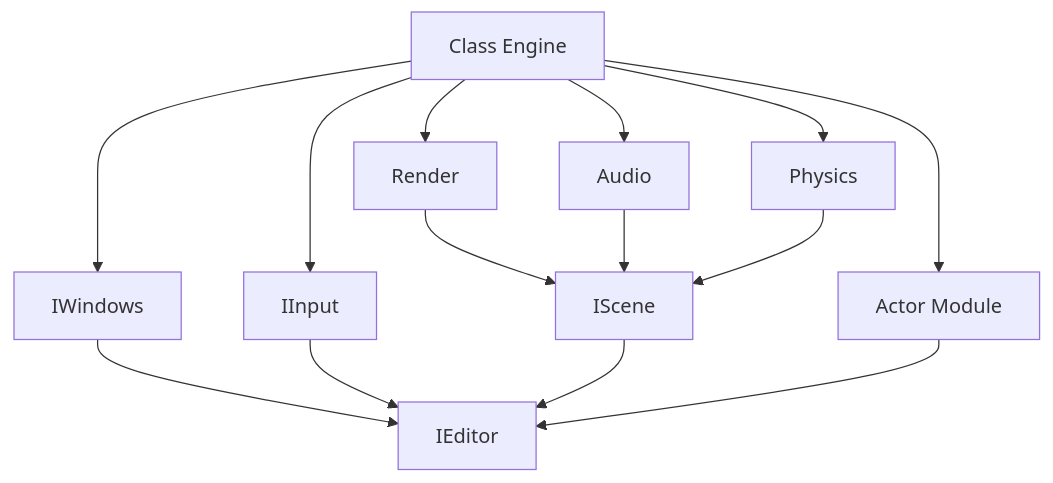
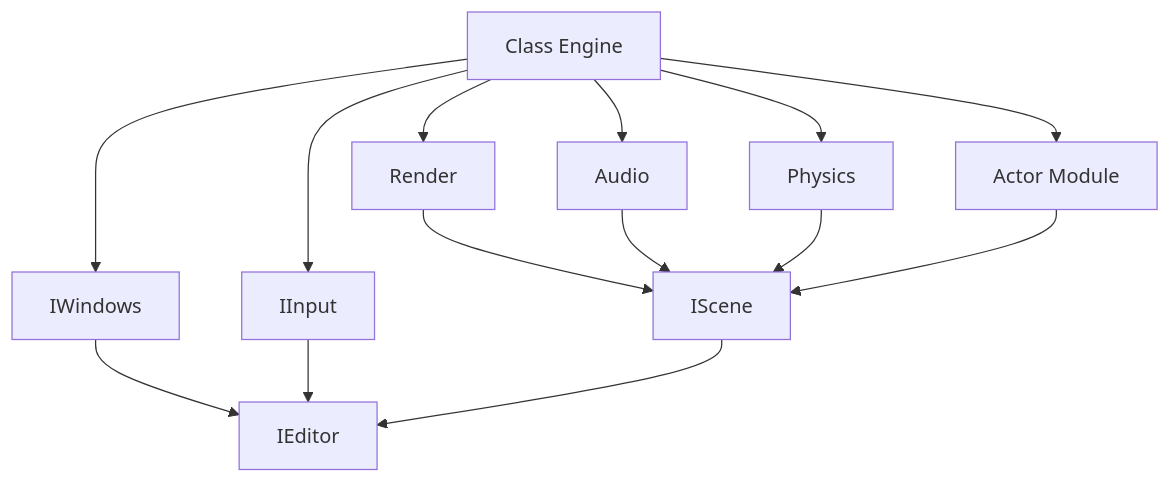
The second of 3 diagrams in README.md (GamingCampus-MillieBourgois-25-26/moteur-3d-potato-engine), drawn with Mermaid before and after one commit. The commit also changed other lines of this file, not shown here.

````diff
--- a/README.md
+++ b/README.md
@@ -121,16 +121,16 @@
 ```mermaid
 graph TD;
     A[Class Engine] --> B[Actor Module];
     A --> C[Audio];
     A --> D[Physics];
     A --> E[Render];
     A --> F[IInput];
     A --> G[IWindows]
     G[IWindows]-->H[IEditor]
     F-->H[IEditor]
     E-->I[IScene]
     C-->I[IScene]
     D-->I[IScene]
     I-->H
-    B-->H
+    B-->I
 ```
````
